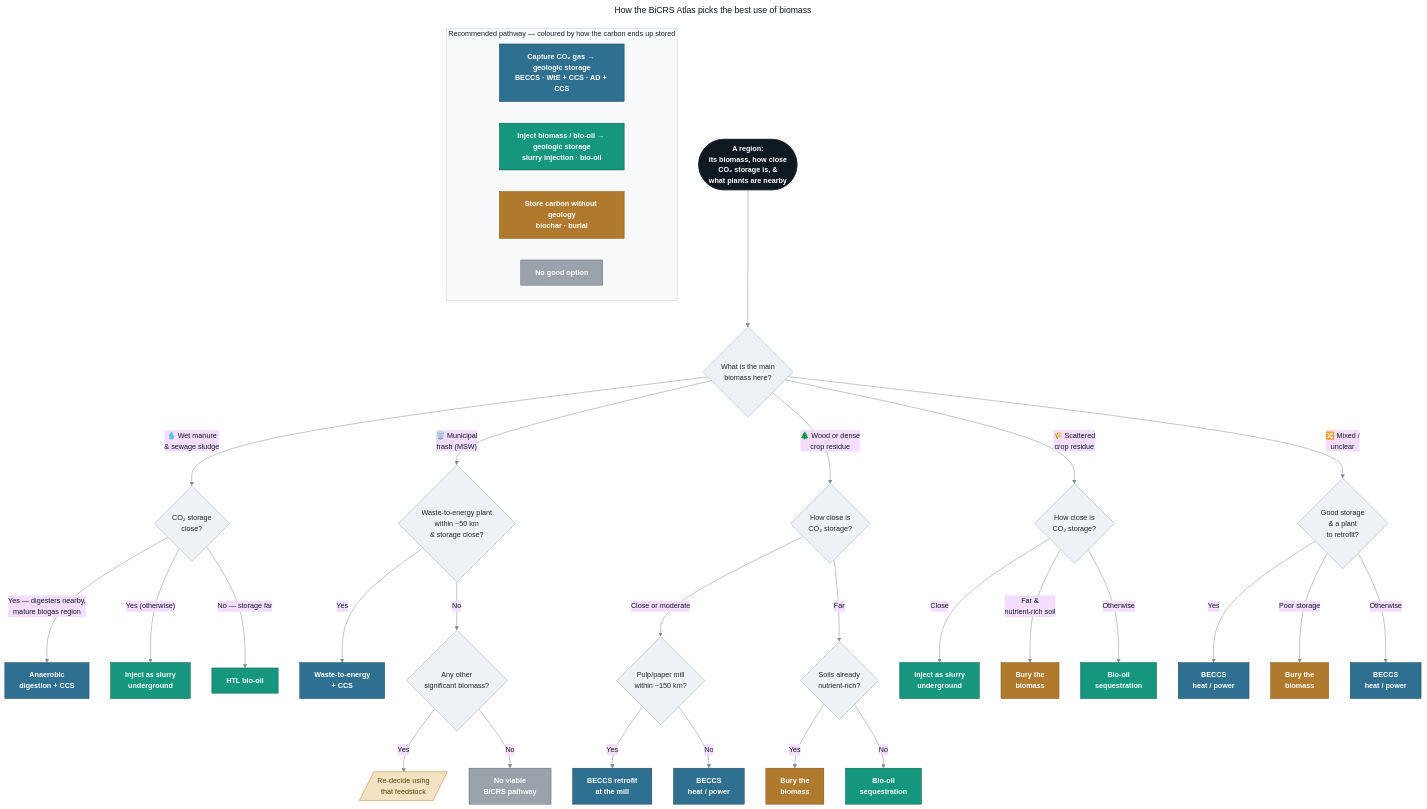
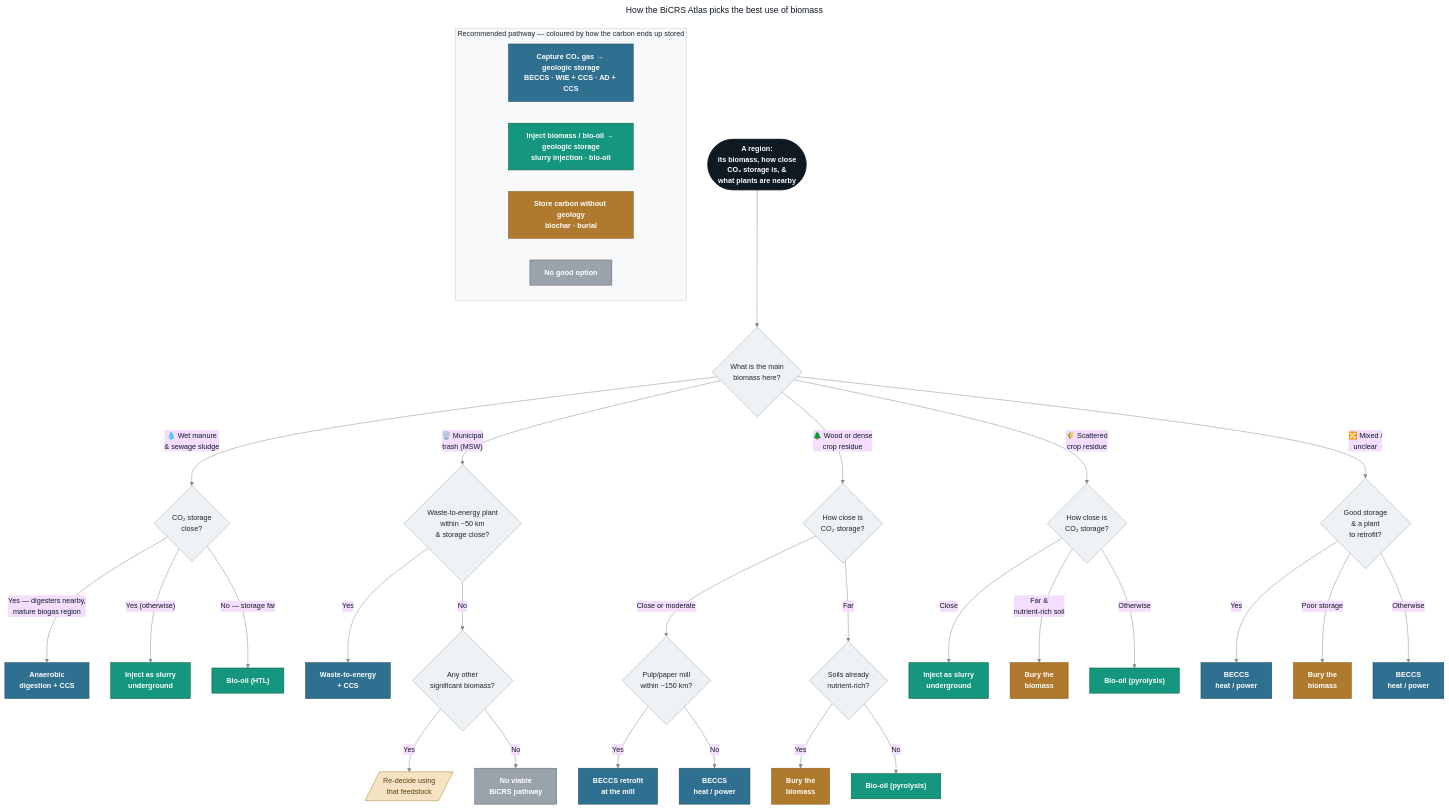
Before and after one commit to hausfath/biomass_map: the diagram in docs/recommendation_flowchart.mmd, drawn with Mermaid. The commit also changed 13 other files, not shown here.

```diff
--- a/docs/recommendation_flowchart.mmd
+++ b/docs/recommendation_flowchart.mmd
@@ -1,81 +1,81 @@
 ---
 title: "How the BiCRS Atlas picks the best use of biomass"
 config:
   theme: base
   flowchart:
     curve: basis
     nodeSpacing: 45
     rankSpacing: 55
   themeVariables:
     fontFamily: "Helvetica, Arial, sans-serif"
     fontSize: "15px"
     lineColor: "#7d8a97"
     primaryTextColor: "#0f1922"
 ---
 flowchart TD
     Start([A region:<br/>its biomass, how close<br/>CO₂ storage is, &<br/>what plants are nearby]) --> DOM{What is the main<br/>biomass here?}
 
     %% ---------- WET ----------
     DOM -->|"💧 Wet manure<br/>& sewage sludge"| M{CO₂ storage<br/>close?}
     M -->|Yes — digesters nearby,<br/>mature biogas region| Mad["Anaerobic<br/>digestion + CCS"]
     M -->|"Yes (otherwise)"| Minj["Inject as slurry<br/>underground"]
-    M -->|"No — storage far"| Mbio["HTL bio-oil"]
+    M -->|"No — storage far"| Mbio["Bio-oil (HTL)"]
 
     %% ---------- MSW ----------
     DOM -->|"🗑️ Municipal<br/>trash (MSW)"| W{Waste-to-energy plant<br/>within ~50 km<br/>& storage close?}
     W -->|Yes| Wwte["Waste-to-energy<br/>+ CCS"]
     W -->|No| Wsec{Any other<br/>significant biomass?}
     Wsec -->|Yes| Wre[/"Re-decide using<br/>that feedstock"/]
     Wsec -->|No| Wnone["No viable<br/>BiCRS pathway"]
 
     %% ---------- WOODY / DENSE DRY ----------
     DOM -->|"🌲 Wood or dense<br/>crop residue"| C{How close is<br/>CO₂ storage?}
     C -->|Close or moderate| Cmill{Pulp/paper mill<br/>within ~150 km?}
     Cmill -->|Yes| Cpp["BECCS retrofit<br/>at the mill"]
     Cmill -->|No| Cbe["BECCS<br/>heat / power"]
     C -->|Far| Cpoor{Soils already<br/>nutrient-rich?}
     Cpoor -->|Yes| Cbur["Bury the<br/>biomass"]
-    Cpoor -->|No| Cbo["Bio-oil<br/>sequestration"]
+    Cpoor -->|No| Cbo["Bio-oil (pyrolysis)"]
 
     %% ---------- DIFFUSE DRY ----------
     DOM -->|"🌾 Scattered<br/>crop residue"| D{How close is<br/>CO₂ storage?}
     D -->|Close| Dinj["Inject as slurry<br/>underground"]
     D -->|"Far &<br/>nutrient-rich soil"| Dbur["Bury the<br/>biomass"]
-    D -->|Otherwise| Dbo["Bio-oil<br/>sequestration"]
+    D -->|Otherwise| Dbo["Bio-oil (pyrolysis)"]
 
     %% ---------- MIXED ----------
     DOM -->|"🔀 Mixed /<br/>unclear"| F{Good storage<br/>& a plant<br/>to retrofit?}
     F -->|Yes| Fbe["BECCS<br/>heat / power"]
     F -->|Poor storage| Fbur["Bury the<br/>biomass"]
     F -->|Otherwise| Fbe2["BECCS<br/>heat / power"]
 
     %% ---------- legend ----------
     subgraph Legend["Recommended pathway — coloured by how the carbon ends up stored"]
         direction LR
         L1["Capture CO₂ gas → geologic storage<br/>BECCS · WtE + CCS · AD + CCS"]
         L2["Inject biomass / bio-oil → geologic storage<br/>slurry injection · bio-oil"]
         L3["Store carbon without geology<br/>biochar · burial"]
         L4["No good option"]
     end
 
     %% ---------- styles ----------
     classDef start fill:#0f1922,stroke:#0f1922,color:#ffffff,font-weight:bold;
     classDef q fill:#eef2f5,stroke:#9aa7b2,color:#1c2730;
     classDef geo fill:#2f6f8f,stroke:#1d4859,color:#ffffff,font-weight:bold;
     classDef inj fill:#15967f,stroke:#0d5530,color:#ffffff,font-weight:bold;
     classDef store fill:#b07a2e,stroke:#7a5012,color:#ffffff,font-weight:bold;
     classDef none fill:#9aa3ac,stroke:#5b636b,color:#ffffff,font-weight:bold;
     classDef reroute fill:#f3e3c2,stroke:#b07a2e,color:#5a3d0a;
 
     class Start start;
     class DOM,M,W,Wsec,C,Cmill,Cpoor,D,F q;
     class Cpp,Cbe,Fbe,Fbe2,Wwte,Mad geo;
     class Minj,Dinj,Cbo,Dbo,Mbio inj;
     class Cbur,Dbur,Fbur store;
     class Wnone none;
     class Wre reroute;
     class L1 geo;
     class L2 inj;
     class L3 store;
     class L4 none;
     style Legend fill:#f7f9fa,stroke:#c7d0d8,color:#1c2730;
```
